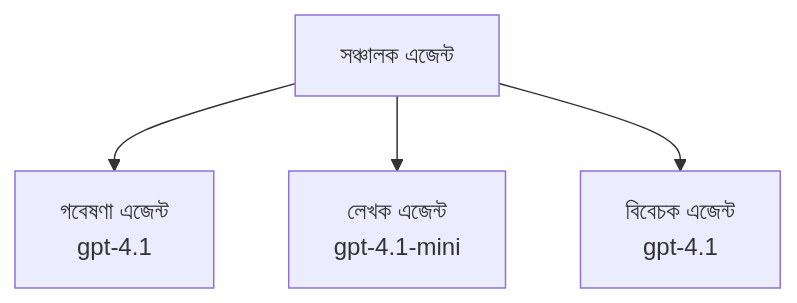
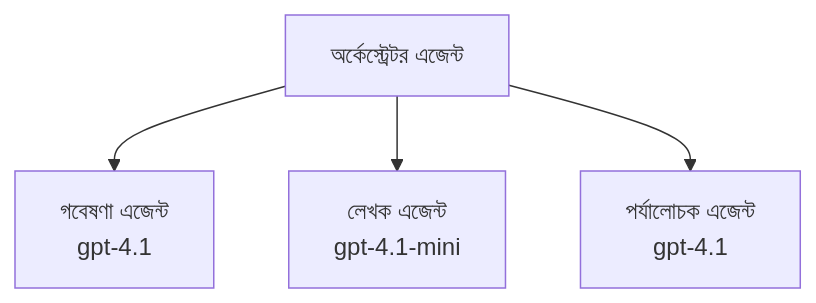
Before and after one commit to microsoft/AZD-for-beginners: the third of 3 diagrams in translations/bn/docs/chapter-02-ai-development/agents.md, drawn with Mermaid. The commit also changed other lines of this file and 104 other files, not shown here.

````diff
--- a/translations/bn/docs/chapter-02-ai-development/agents.md
+++ b/translations/bn/docs/chapter-02-ai-development/agents.md
@@ -194,6 +201,6 @@
 ```mermaid
 graph TD
-    Orchestrator[সঞ্চালক এজেন্ট] --> Research[গবেষণা এজেন্ট<br/>gpt-4.1]
+    Orchestrator[অর্কেস্ট্রেটর এজেন্ট] --> Research[গবেষণা এজেন্ট<br/>gpt-4.1]
     Orchestrator --> Writer[লেখক এজেন্ট<br/>gpt-4.1-mini]
-    Orchestrator --> Reviewer[বিবেচক এজেন্ট<br/>gpt-4.1]
+    Orchestrator --> Reviewer[পর্যালোচক এজেন্ট<br/>gpt-4.1]
 ```
````
